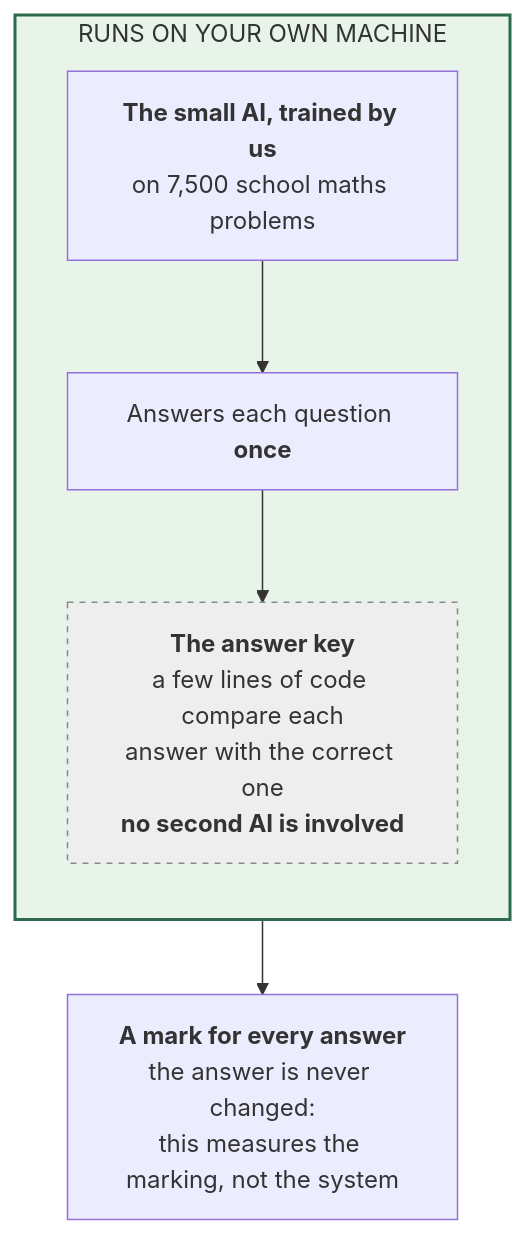
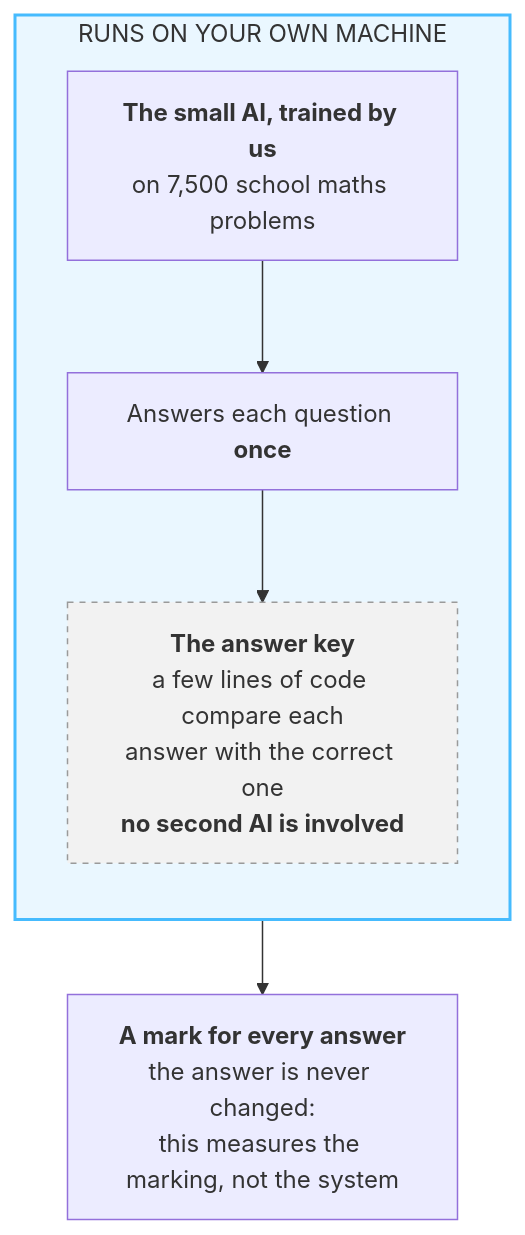
One commit to SaminYeaserKhan/gemma4-finetune changed the first of 2 diagrams in docs/experiments/07_finetuned-model+perfect-checker-marks-all-answers/README.md. Above: the diagram before and after it, drawn with Mermaid. The commit also changed other lines of this file and 143 other files, not shown here.

````diff
--- a/docs/experiments/07_finetuned-model+perfect-checker-marks-all-answers/README.md
+++ b/docs/experiments/07_finetuned-model+perfect-checker-marks-all-answers/README.md
@@ -50,14 +50,14 @@
 ```mermaid
 flowchart TB
     subgraph DEV["RUNS ON YOUR OWN MACHINE"]
         direction TB
         SOLVER["<b>The small AI, trained by us</b><br/>on 7,500 school maths problems"]
         ONE["Answers each question <b>once</b>"]
         SOLVER --> ONE
         KEY["<b>The answer key</b><br/>a few lines of code compare each<br/>answer with the correct one<br/><b>no second AI is involved</b>"]
         ONE --> KEY
     end
     KEY --> SCORE["<b>A mark for every answer</b><br/>the answer is never changed:<br/>this measures the marking, not the system"]
-    style DEV fill:#e8f4ea,stroke:#2d6a4f,stroke-width:2px
-    style KEY fill:#eeeeee,stroke:#888,stroke-dasharray: 4 4
+    style DEV fill:#eaf7ff,stroke:#46bbfe,stroke-width:2px
+    style KEY fill:#f2f2f2,stroke:#9a9a9a,stroke-dasharray: 4 4
 ```
````
